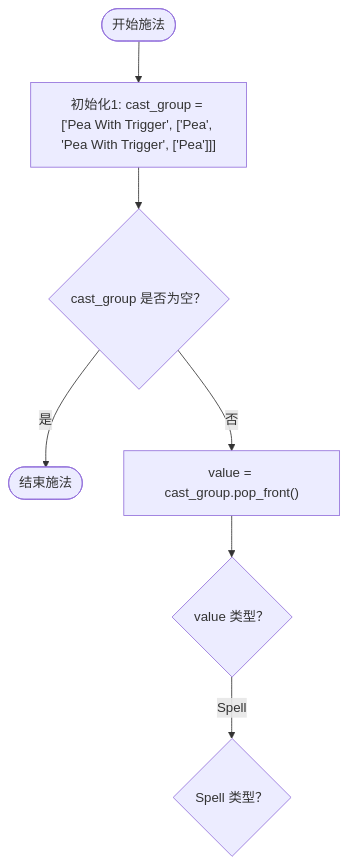
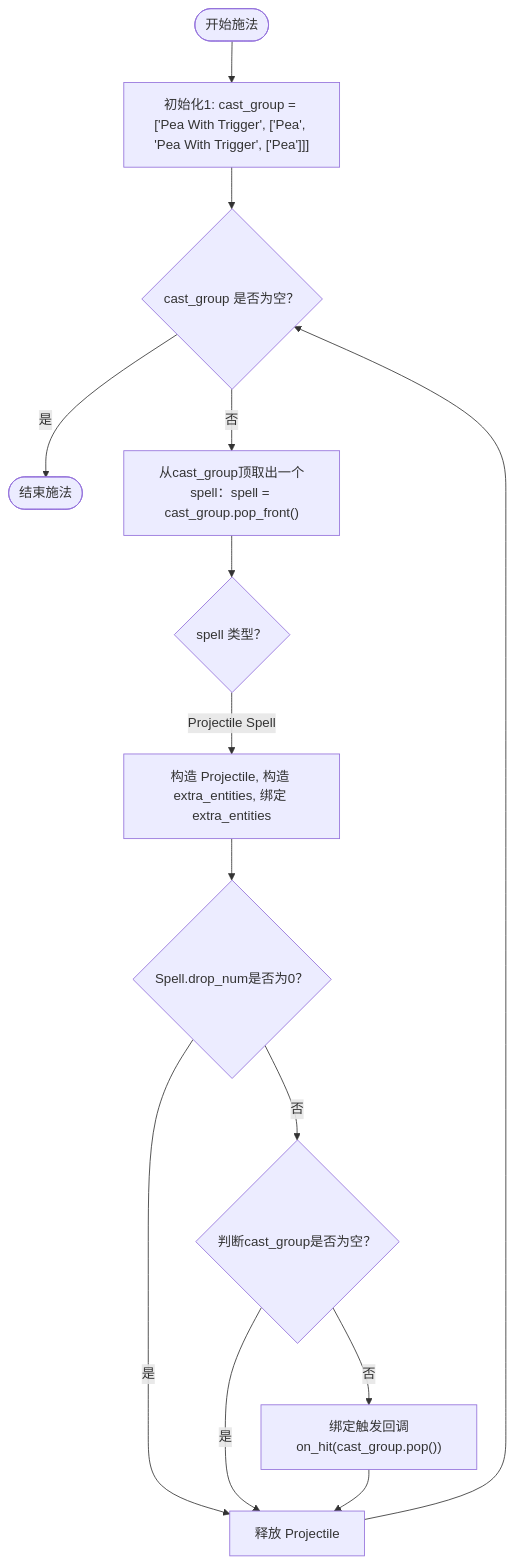
One commit to chiangwanyi/Zombie-Survivors changed the diagram in 法杖释放过程.md. Above: the diagram before and after it, drawn with Mermaid. The commit also changed 3 other files, not shown here.

````diff
--- a/法杖释放过程.md
+++ b/法杖释放过程.md
@@ -4,9 +4,16 @@
 ```mermaid
 flowchart TD
     Start(["开始施法"]) --> 初始化1["初始化1: cast_group = ['Pea With Trigger', ['Pea', 'Pea With Trigger', ['Pea']]]"]
     初始化1 --> 施法循环{cast_group 是否为空？}
     施法循环 --> |是| End(["结束施法"])
-    施法循环 --> |否| 提取value["value = cast_group.pop_front()"]
-    提取value --> value类型判断{value 类型？}
-    value类型判断 --> |Spell| Spell类型判断{"Spell 类型？"}
+    施法循环 --> |否| 提取value["从cast_group顶取出一个spell：spell = cast_group.pop_front()"]
+    提取value --> value类型判断{spell 类型？}
+    value类型判断 --> |Projectile Spell| 构造Projectile["构造 Projectile, 构造 extra_entities, 绑定 extra_entities"]
+    构造Projectile --> 释放数判断{"Spell.drop_num是否为0？"}
+    释放数判断 --> |是| 释放Projectile["释放 Projectile"]
+    释放数判断 --> |否| 判断剩余group{"判断cast_group是否为空？"}
+    判断剩余group --> |是| 释放Projectile
+    判断剩余group --> |否| 绑定触发回调["绑定触发回调on_hit(cast_group.pop())"]
+    绑定触发回调 --> 释放Projectile
+    释放Projectile --> 施法循环
 ```
````
